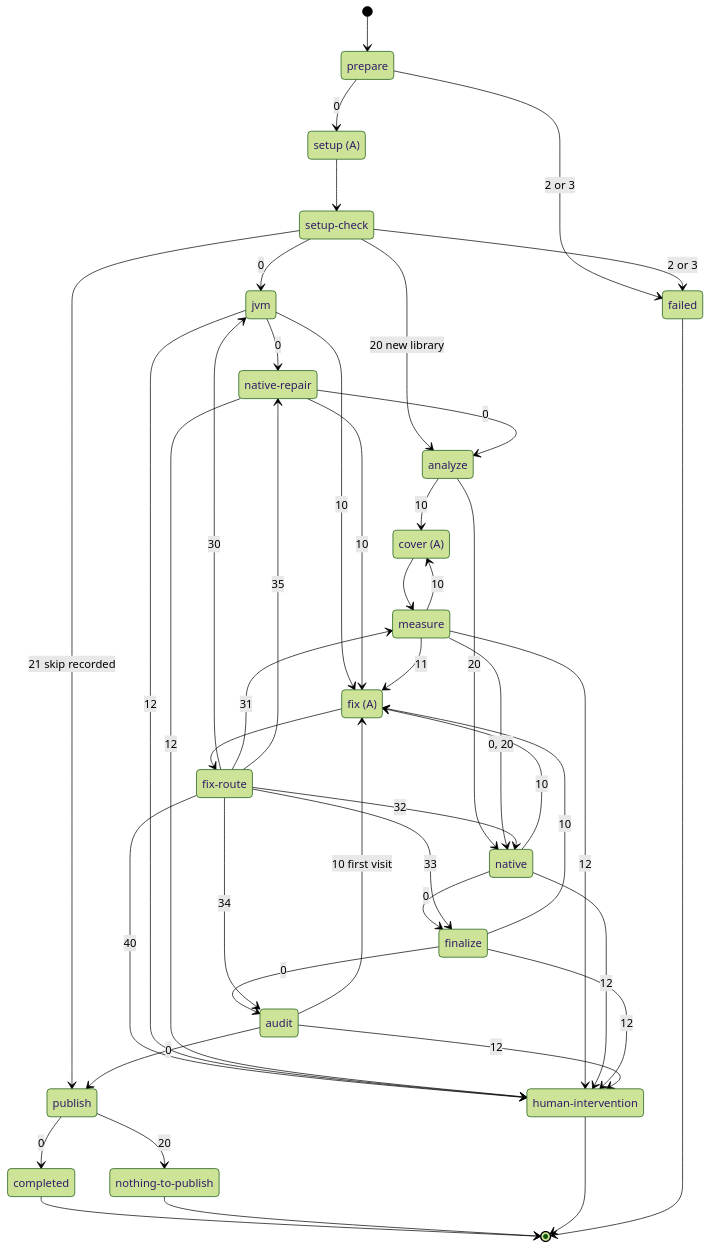
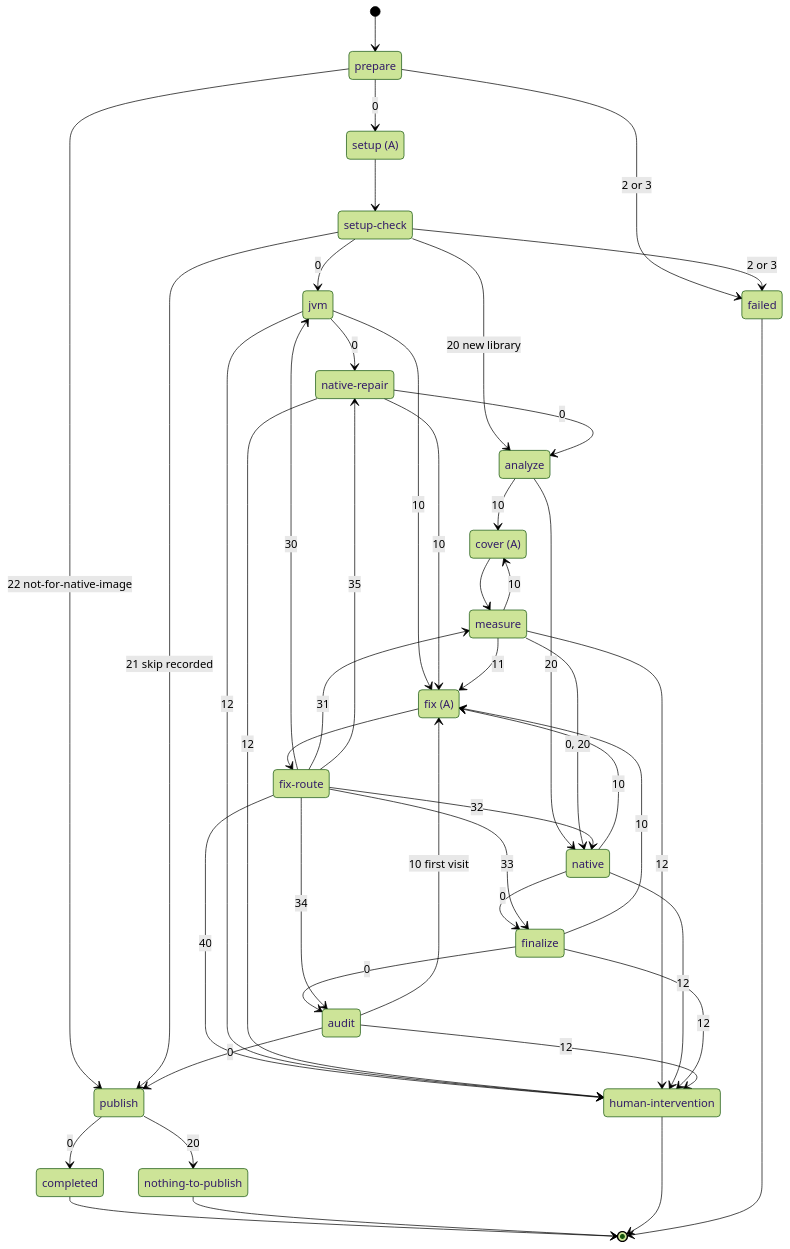
Before and after one commit to oracle/graalvm-reachability-metadata: the diagram in forge/docs/architecture/workflow-pipeline.md, drawn with Mermaid (forest theme). The commit also changed other lines of this file and 4 other files, not shown here.

First line of the commit message:
Forge spec: record non-JVM artifacts as not for Native Image

````diff
--- a/forge/docs/architecture/workflow-pipeline.md
+++ b/forge/docs/architecture/workflow-pipeline.md
@@ -97,56 +98,57 @@
 ```mermaid
 stateDiagram-v2
     state "setup (A)" as setup
     state "cover (A)" as cover
     state "fix (A)" as fix
     state "fix-route" as route
     state "native-repair" as nrepair
     state "nothing-to-publish" as nothing
     state "human-intervention" as human
 
     [*] --> prepare
     prepare --> setup: 0
+    prepare --> publish: 22 not-for-native-image
     prepare --> failed: 2 or 3
     state "setup-check" as check
     setup --> check
     check --> jvm: 0
     check --> analyze: 20 new library
     check --> publish: 21 skip recorded
     check --> failed: 2 or 3
     jvm --> nrepair: 0
     jvm --> fix: 10
     nrepair --> analyze: 0
     nrepair --> fix: 10
     analyze --> cover: 10
     analyze --> native: 20
     cover --> measure
     measure --> cover: 10
     measure --> fix: 11
     measure --> native: 0, 20
     native --> finalize: 0
     native --> fix: 10
     finalize --> audit: 0
     finalize --> fix: 10
     audit --> fix: 10 first visit
     audit --> publish: 0
     fix --> route
     route --> jvm: 30
     route --> measure: 31
     route --> native: 32
     route --> finalize: 33
     route --> audit: 34
     route --> nrepair: 35
     route --> human: 40
     jvm --> human: 12
     nrepair --> human: 12
     measure --> human: 12
     native --> human: 12
     finalize --> human: 12
     audit --> human: 12
     publish --> completed: 0
     publish --> nothing: 20
     completed --> [*]
     nothing --> [*]
     human --> [*]
     failed --> [*]
 ```
````
